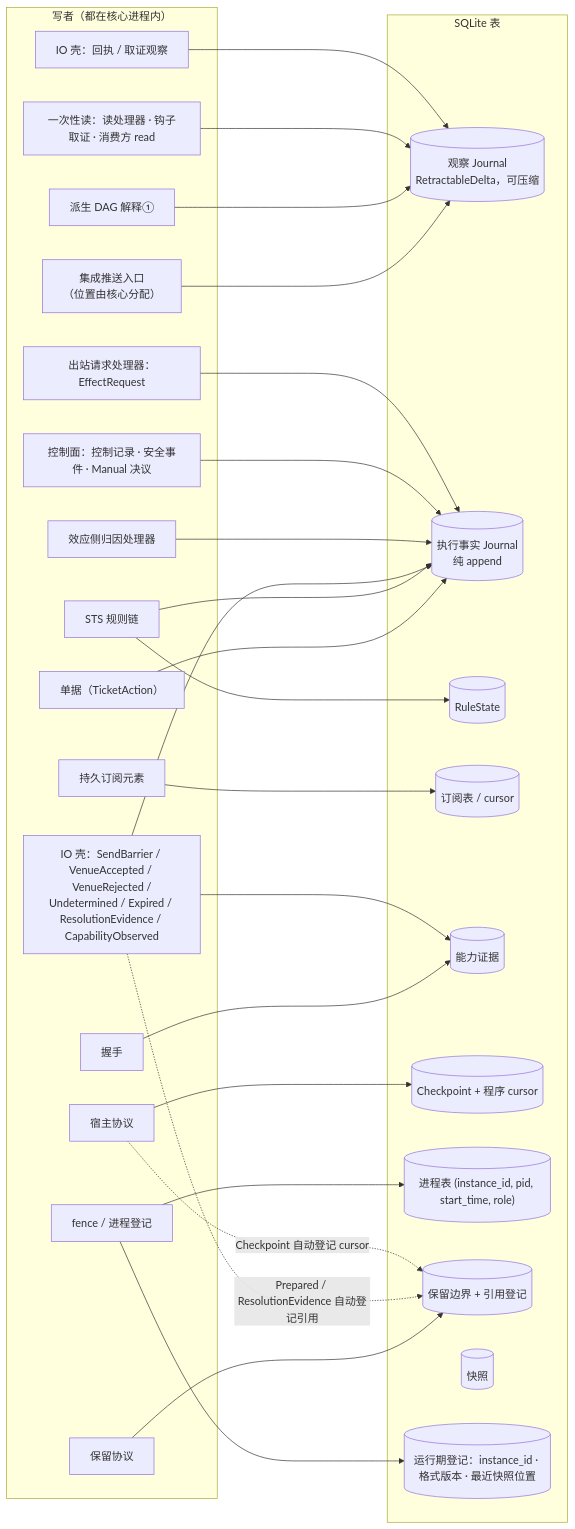
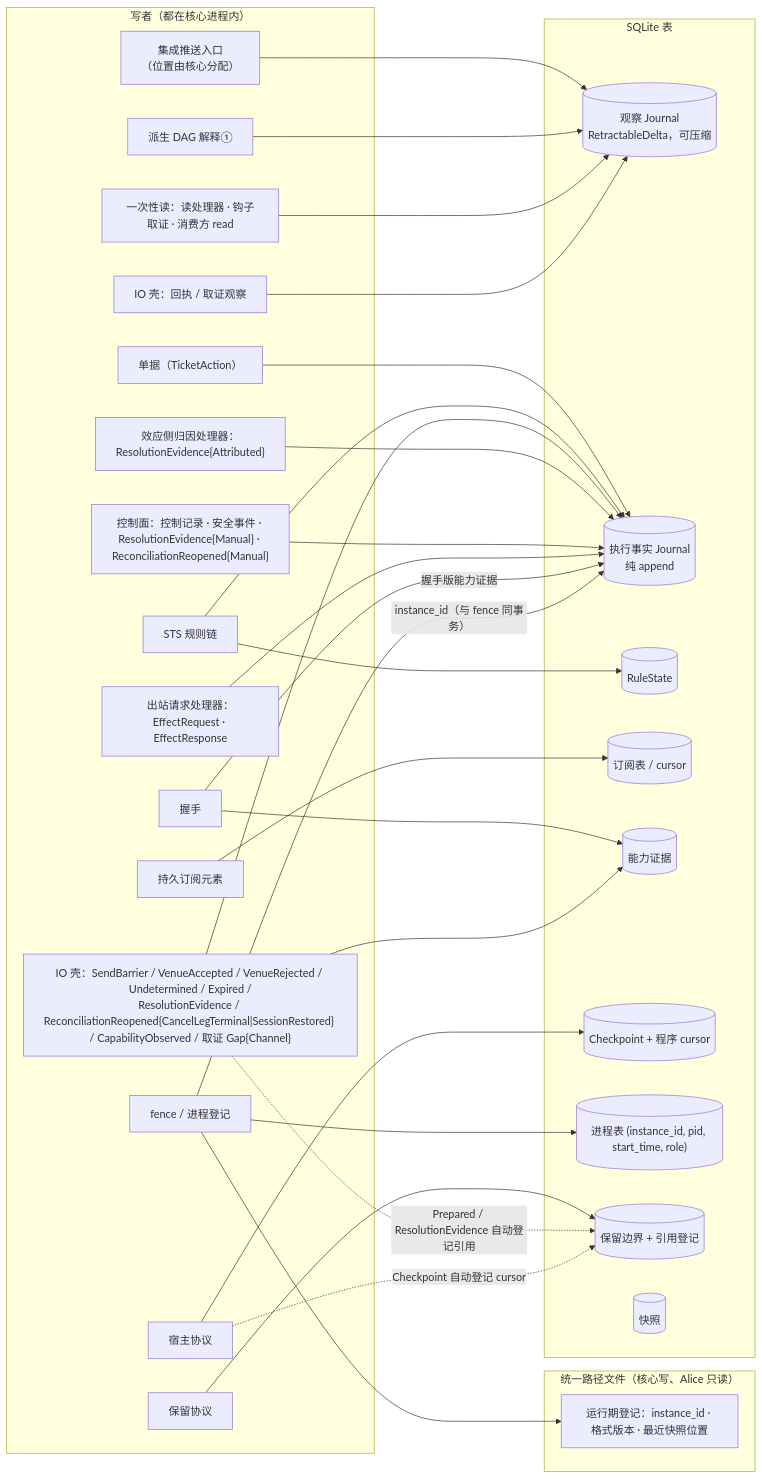
One commit to mouriya-s-lab/uta changed the fourth of 4 diagrams in design/diagrams/01-process-topology.md. Above: the diagram before and after it, drawn with Mermaid. The commit also changed other lines of this file and 10 other files, not shown here.

````diff
--- a/design/diagrams/01-process-topology.md
+++ b/design/diagrams/01-process-topology.md
@@ -131,52 +136,56 @@
 ```mermaid
 flowchart LR
   subgraph W["写者（都在核心进程内）"]
     PUSH["集成推送入口<br/>（位置由核心分配）"]
     DAG["派生 DAG 解释①"]
     RD["一次性读：读处理器 · 钩子取证 · 消费方 read"]
     IOR["IO 壳：回执 / 取证观察"]
     TK["单据（TicketAction）"]
     STS["STS 规则链"]
-    IOE["IO 壳：SendBarrier / VenueAccepted / VenueRejected /<br/>Undetermined / Expired / ResolutionEvidence / CapabilityObserved"]
-    ATTR["效应侧归因处理器"]
-    CTL["控制面：控制记录 · 安全事件 · Manual 决议"]
-    OUT["出站请求处理器：EffectRequest"]
+    IOE["IO 壳：SendBarrier / VenueAccepted / VenueRejected / Undetermined / Expired /<br/>ResolutionEvidence / ReconciliationReopened{CancelLegTerminal|SessionRestored} / CapabilityObserved / 取证 Gap{Channel}"]
+    ATTR["效应侧归因处理器：ResolutionEvidence{Attributed}"]
+    CTL["控制面：控制记录 · 安全事件 · ResolutionEvidence{Manual} · ReconciliationReopened{Manual}"]
+    OUT["出站请求处理器：EffectRequest · EffectResponse"]
     SUBEL["持久订阅元素"]
     HS["握手"]
     HOSTP["宿主协议"]
     FENCE["fence / 进程登记"]
     RET["保留协议"]
   end
   subgraph T["SQLite 表"]
     OJ[("观察 Journal<br/>RetractableDelta，可压缩")]
     EJ[("执行事实 Journal<br/>纯 append")]
     RS[("RuleState")]
     SUB[("订阅表 / cursor")]
     CAP[("能力证据")]
     CK[("Checkpoint + 程序 cursor")]
     PT[("进程表 (instance_id, pid, start_time, role)")]
     RB[("保留边界 + 引用登记")]
     SN[("快照")]
-    RUN[("运行期登记：instance_id · 格式版本 · 最近快照位置")]
+  end
+  subgraph F["统一路径文件（核心写、Alice 只读）"]
+    RUN["运行期登记：instance_id · 格式版本 · 最近快照位置"]
   end
   PUSH --> OJ
   DAG --> OJ
   RD --> OJ
   IOR --> OJ
   TK --> EJ
   STS --> EJ
   STS --> RS
   IOE --> EJ
   ATTR --> EJ
   CTL --> EJ
   OUT --> EJ
   SUBEL --> SUB
   HS --> CAP
+  HS -->|"握手版能力证据"| EJ
   IOE --> CAP
   HOSTP --> CK
   FENCE --> PT
+  FENCE -->|"instance_id（与 fence 同事务）"| EJ
   FENCE --> RUN
   RET --> RB
   IOE -.->|"Prepared / ResolutionEvidence 自动登记引用"| RB
   HOSTP -.->|"Checkpoint 自动登记 cursor"| RB
 ```
````
